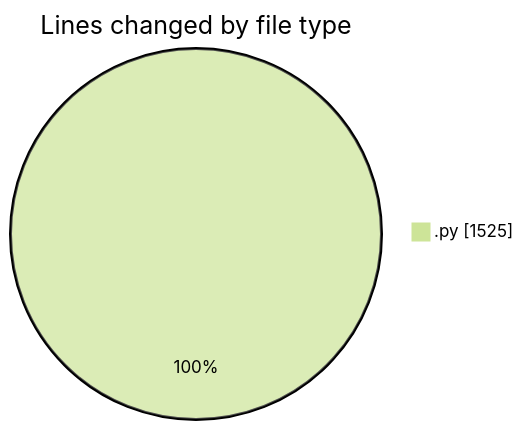
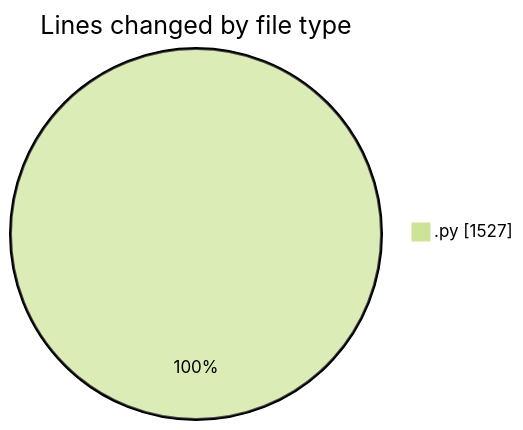
One commit to julien-gomy/code-tracking changed the first of 2 diagrams in 2025-10-15/eventscop-api-guide__workspace_/README.md. Above: the diagram before and after it, drawn with Mermaid (forest theme). The commit also changed other lines of this file and 1 other file, not shown here.

````diff
--- a/2025-10-15/eventscop-api-guide__workspace_/README.md
+++ b/2025-10-15/eventscop-api-guide__workspace_/README.md
@@ -23,5 +23,5 @@
 ```mermaid
 pie showData
 title Lines changed by file type
-".py" : 1525
+".py" : 1527
 ```
````
